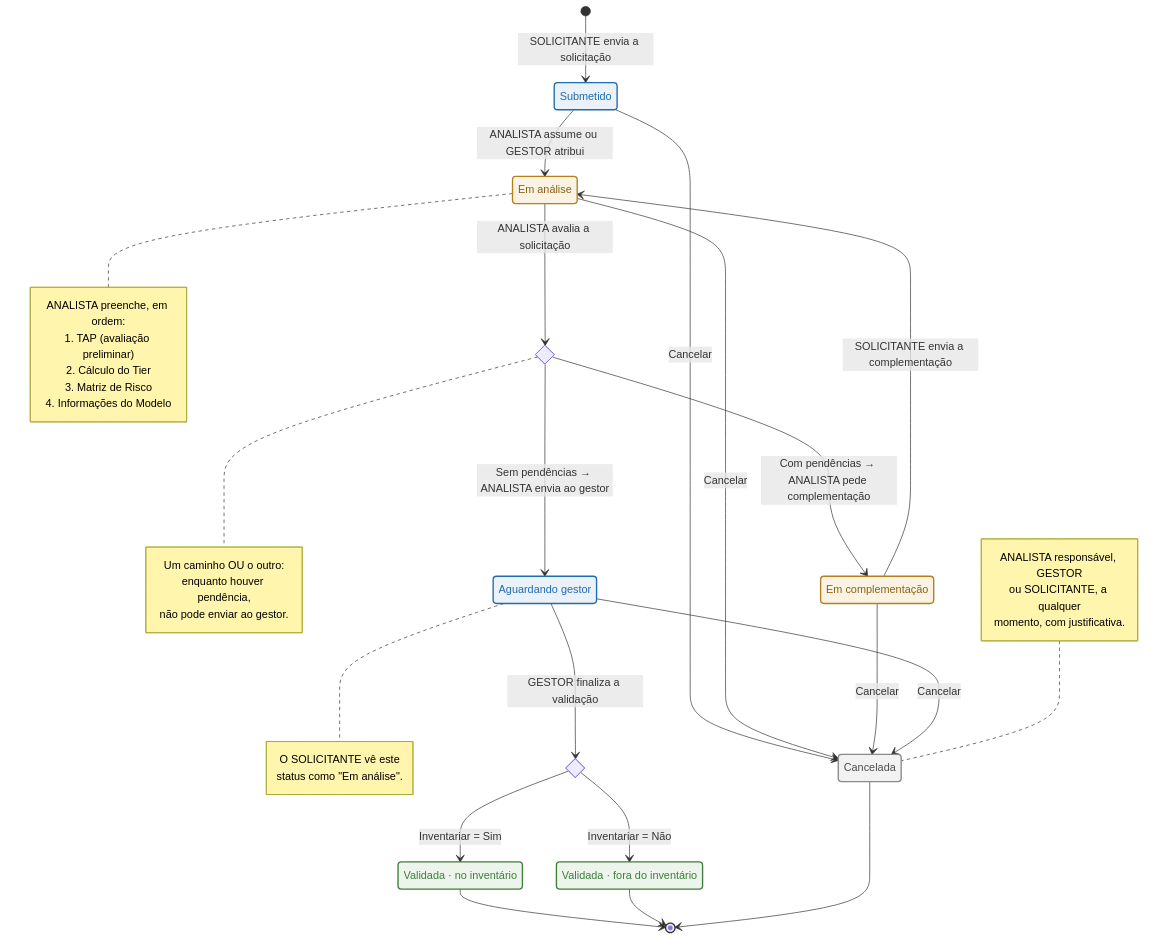
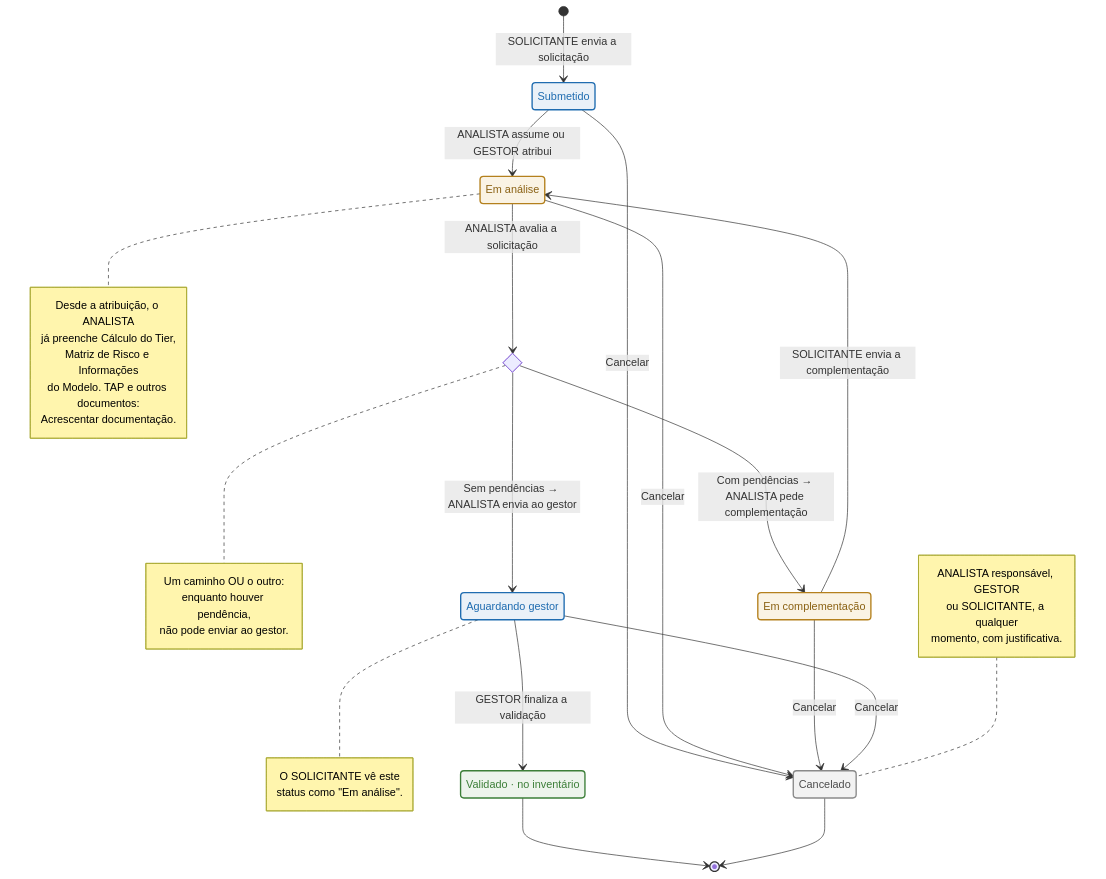
The first of 4 diagrams in docs/fluxos-solicitacao.md (barlettab/svm-frontend), drawn with Mermaid before and after one commit. The commit also changed other lines of this file and 82 other files, not shown here.

````diff
--- a/docs/fluxos-solicitacao.md
+++ b/docs/fluxos-solicitacao.md
@@ -46,67 +66,62 @@
 ```mermaid
 stateDiagram-v2
     direction TB
 
     state "Submetido" as SUB
     state "Em análise" as ANA
     state "Em complementação" as COMP
     state "Aguardando gestor" as GES
-    state "Validada · no inventário" as INV
-    state "Validada · fora do inventário" as VAL
-    state "Cancelada" as CAN
+    state "Validado · no inventário" as INV
+    state "Cancelado" as CAN
     state pendencias <<choice>>
-    state inventariar <<choice>>
 
     [*] --> SUB : SOLICITANTE envia a solicitação
     SUB --> ANA : ANALISTA assume ou GESTOR atribui
     ANA --> pendencias : ANALISTA avalia a solicitação
     pendencias --> COMP : Com pendências → ANALISTA pede complementação
     pendencias --> GES : Sem pendências → ANALISTA envia ao gestor
     COMP --> ANA : SOLICITANTE envia a complementação
-    GES --> inventariar : GESTOR finaliza a validação
-    inventariar --> INV : Inventariar = Sim
-    inventariar --> VAL : Inventariar = Não
+    GES --> INV : GESTOR finaliza a validação
 
     SUB --> CAN : Cancelar
     ANA --> CAN : Cancelar
     COMP --> CAN : Cancelar
     GES --> CAN : Cancelar
 
     INV --> [*]
-    VAL --> [*]
     CAN --> [*]
 
     note right of ANA
-        ANALISTA preenche, em ordem:
-        1. TAP (avaliação preliminar)
-        2. Cálculo do Tier
-        3. Matriz de Risco
-        4. Informações do Modelo
+        Desde a atribuição, o ANALISTA
+        já preenche Cálculo do Tier,
+        Matriz de Risco e Informações
+        do Modelo. TAP e outros documentos:
+        Acrescentar documentação.
     end note
 
     note right of pendencias
         Um caminho OU o outro:
         enquanto houver pendência,
         não pode enviar ao gestor.
     end note
 
     note right of GES
         O SOLICITANTE vê este
         status como "Em análise".
     end note
 
     note left of CAN
         ANALISTA responsável, GESTOR
         ou SOLICITANTE, a qualquer
         momento, com justificativa.
     end note
 
     classDef azul fill:#eaf1f8,stroke:#1f6cb0,stroke-width:2px,color:#1f6cb0
     classDef ambar fill:#faf3e4,stroke:#b4801d,stroke-width:2px,color:#8a6113
     classDef verde fill:#edf4ec,stroke:#3d7f39,stroke-width:2px,color:#3d7f39
     classDef cinza fill:#f2f2f2,stroke:#8a8a8a,stroke-width:2px,color:#4d4d4d
     class SUB, GES azul
     class ANA, COMP ambar
-    class INV, VAL verde
+    class INV verde
     class CAN cinza
 ```
````
